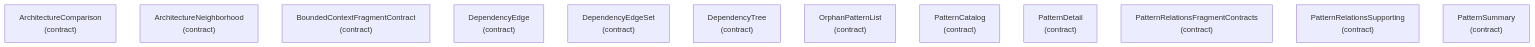
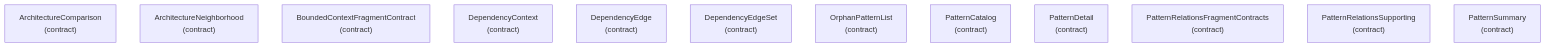
Before and after one commit to libar-dev/architect: diagram 14 of 23 in docs-live/ARCHITECTURE.md, drawn with Mermaid. The commit also changed other lines of this file and 18 other files, not shown here.

````diff
--- a/docs-live/ARCHITECTURE.md
+++ b/docs-live/ARCHITECTURE.md
@@ -257,15 +258,15 @@
 ```mermaid
 graph TD
   architecturecomparison["ArchitectureComparison<br/>(contract)"]
   architectureneighborhood["ArchitectureNeighborhood<br/>(contract)"]
   boundedcontextfragmentcontract["BoundedContextFragmentContract<br/>(contract)"]
+  dependencycontext["DependencyContext<br/>(contract)"]
   dependencyedge["DependencyEdge<br/>(contract)"]
   dependencyedgeset["DependencyEdgeSet<br/>(contract)"]
-  dependencytree["DependencyTree<br/>(contract)"]
   orphanpatternlist["OrphanPatternList<br/>(contract)"]
   patterncatalog["PatternCatalog<br/>(contract)"]
   patterndetail["PatternDetail<br/>(contract)"]
   patternrelationsfragmentcontracts["PatternRelationsFragmentContracts<br/>(contract)"]
   patternrelationssupporting["PatternRelationsSupporting<br/>(contract)"]
   patternsummary["PatternSummary<br/>(contract)"]
 ```
````
